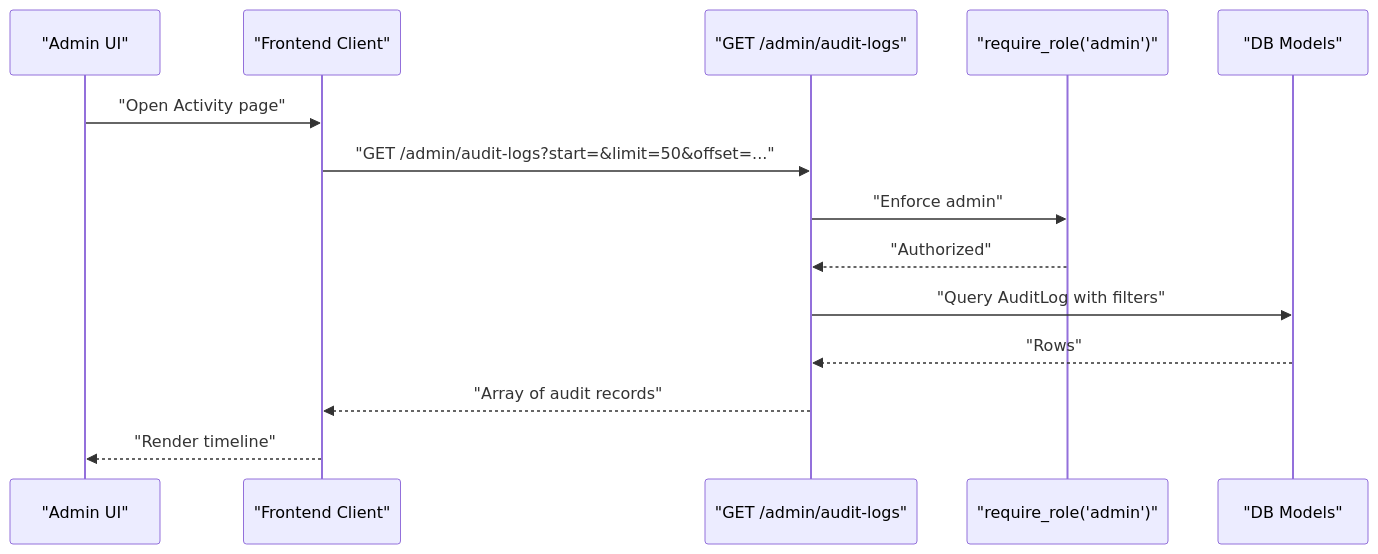
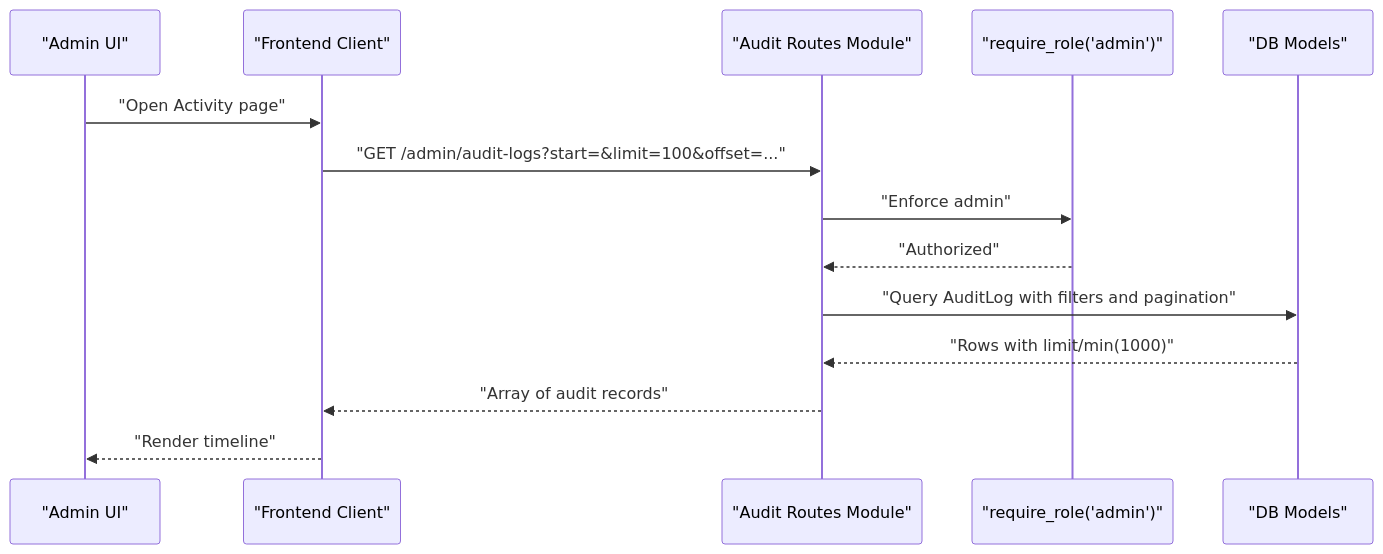
The fifth of 7 diagrams in .qoder/repowiki/en/content/Backend Development/API Endpoints/Admin Endpoints.md (genes8/private-ai), drawn with Mermaid before and after one commit. The commit also changed other lines of this file and 55 other files, not shown here.

````diff
--- a/.qoder/repowiki/en/content/Backend Development/API Endpoints/Admin Endpoints.md
+++ b/.qoder/repowiki/en/content/Backend Development/API Endpoints/Admin Endpoints.md
@@ -271,16 +337,16 @@
 ```mermaid
 sequenceDiagram
 participant Admin as "Admin UI"
 participant Client as "Frontend Client"
-participant API as "GET /admin/audit-logs"
+participant AR as "Audit Routes Module"
 participant Auth as "require_role('admin')"
 participant DB as "DB Models"
 Admin->>Client : "Open Activity page"
-Client->>API : "GET /admin/audit-logs?start=&limit=50&offset=..."
-API->>Auth : "Enforce admin"
-Auth-->>API : "Authorized"
-API->>DB : "Query AuditLog with filters"
-DB-->>API : "Rows"
-API-->>Client : "Array of audit records"
+Client->>AR : "GET /admin/audit-logs?start=&limit=100&offset=..."
+AR->>Auth : "Enforce admin"
+Auth-->>AR : "Authorized"
+AR->>DB : "Query AuditLog with filters and pagination"
+DB-->>AR : "Rows with limit/min(1000)"
+AR-->>Client : "Array of audit records"
 Client-->>Admin : "Render timeline"
 ```
````
